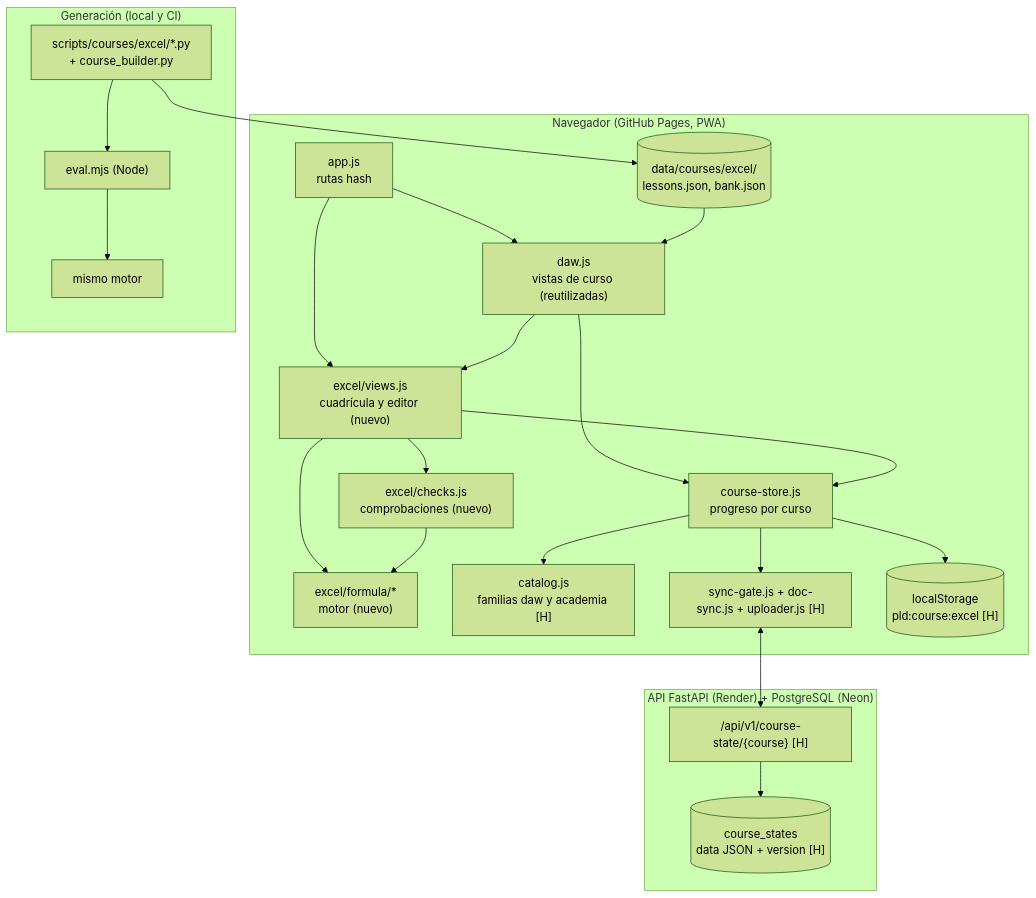
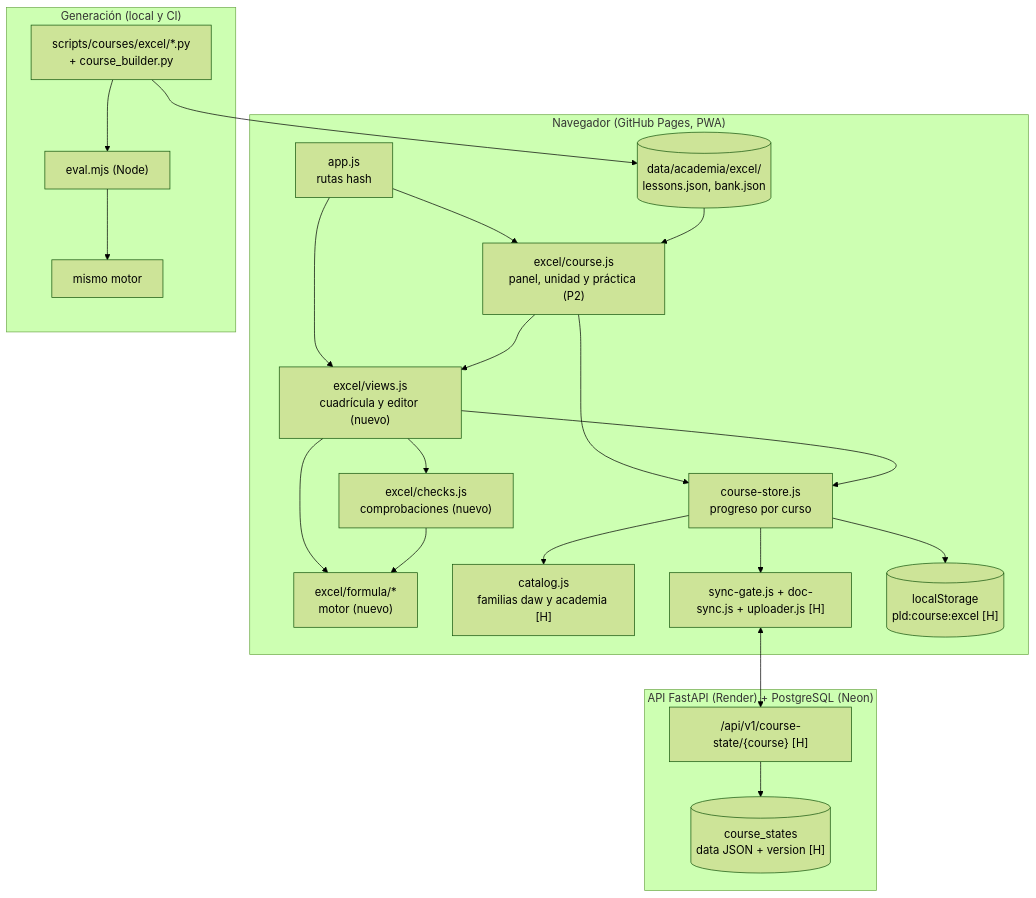
Before and after one commit to Marbi8891/python-learning-dashboard: the first of 2 diagrams in docs/excel-academy/ARCHITECTURE.md, drawn with Mermaid (forest theme). The commit also changed other lines of this file and 32 other files, not shown here.

````diff
--- a/docs/excel-academy/ARCHITECTURE.md
+++ b/docs/excel-academy/ARCHITECTURE.md
@@ -15,26 +15,26 @@
 ```mermaid
 flowchart TB
   subgraph Navegador["Navegador (GitHub Pages, PWA)"]
-    APP["app.js<br/>rutas hash"] --> DAW["daw.js<br/>vistas de curso (reutilizadas)"]
+    APP["app.js<br/>rutas hash"] --> DAW["excel/course.js<br/>panel, unidad y práctica (P2)"]
     APP --> XV["excel/views.js<br/>cuadrícula y editor (nuevo)"]
     DAW --> XV
     XV --> MOTOR["excel/formula/*<br/>motor (nuevo)"]
     XV --> CHK["excel/checks.js<br/>comprobaciones (nuevo)"]
     CHK --> MOTOR
     DAW --> CS["course-store.js<br/>progreso por curso"]
     XV --> CS
     CS --> CAT["catalog.js<br/>familias daw y academia [H]"]
     CS --> GATE["sync-gate.js + doc-sync.js + uploader.js [H]"]
     CS --> LS[("localStorage<br/>pld:course:excel [H]")]
-    DATA[("data/courses/excel/<br/>lessons.json, bank.json")] --> DAW
+    DATA[("data/academia/excel/<br/>lessons.json, bank.json")] --> DAW
   end
   subgraph Servidor["API FastAPI (Render) + PostgreSQL (Neon)"]
     API["/api/v1/course-state/{course} [H]"] --> DB[("course_states<br/>data JSON + version [H]")]
   end
   GATE <--> API
   subgraph Build["Generación (local y CI)"]
     GEN["scripts/courses/excel/*.py<br/>+ course_builder.py"] --> EVAL["eval.mjs (Node)"]
     EVAL --> MOTOR2["mismo motor"]
     GEN --> DATA
   end
 ```
````
